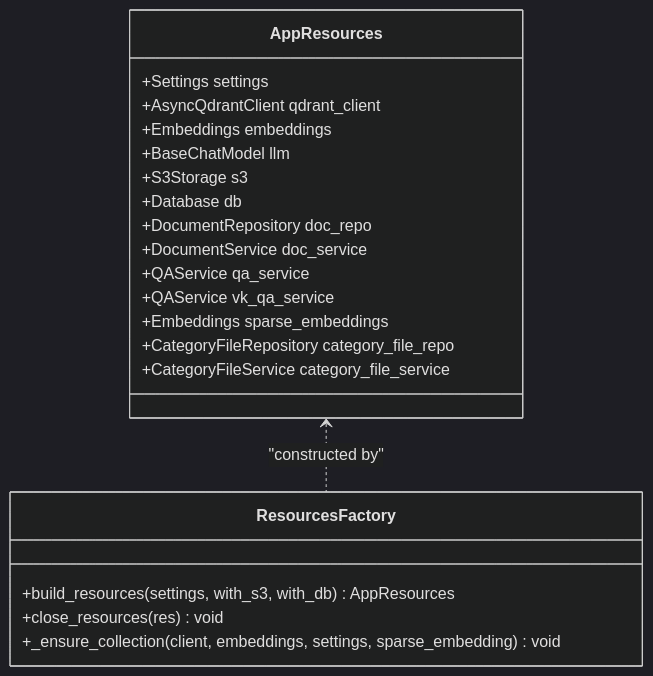
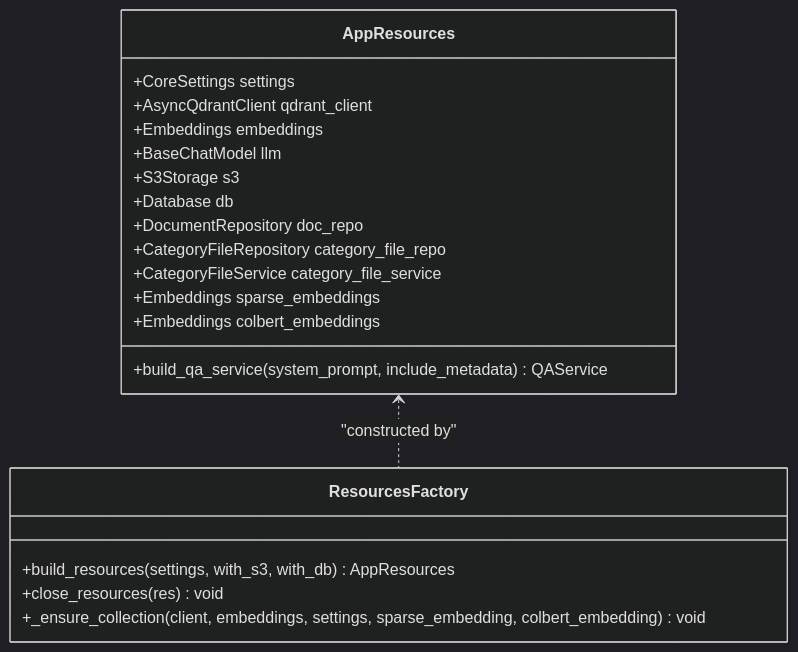
The third of 8 diagrams in .qoder/repowiki/en/content/API Reference/Resource Management System.md (ognelis/cafetera_hr_bot), drawn with Mermaid (dark theme) before and after one commit. The commit also changed other lines of this file and 51 other files, not shown here.

````diff
--- a/.qoder/repowiki/en/content/API Reference/Resource Management System.md
+++ b/.qoder/repowiki/en/content/API Reference/Resource Management System.md
@@ -224,24 +186,23 @@
 ```mermaid
 classDiagram
 class AppResources {
-+Settings settings
++CoreSettings settings
 +AsyncQdrantClient qdrant_client
 +Embeddings embeddings
 +BaseChatModel llm
 +S3Storage s3
 +Database db
 +DocumentRepository doc_repo
-+DocumentService doc_service
-+QAService qa_service
-+QAService vk_qa_service
-+Embeddings sparse_embeddings
 +CategoryFileRepository category_file_repo
 +CategoryFileService category_file_service
++Embeddings sparse_embeddings
++Embeddings colbert_embeddings
++build_qa_service(system_prompt, include_metadata) QAService
 }
 class ResourcesFactory {
 +build_resources(settings, with_s3, with_db) AppResources
 +close_resources(res) void
-+_ensure_collection(client, embeddings, settings, sparse_embedding) void
++_ensure_collection(client, embeddings, settings, sparse_embedding, colbert_embedding) void
 }
 AppResources <.. ResourcesFactory : "constructed by"
 ```
````
